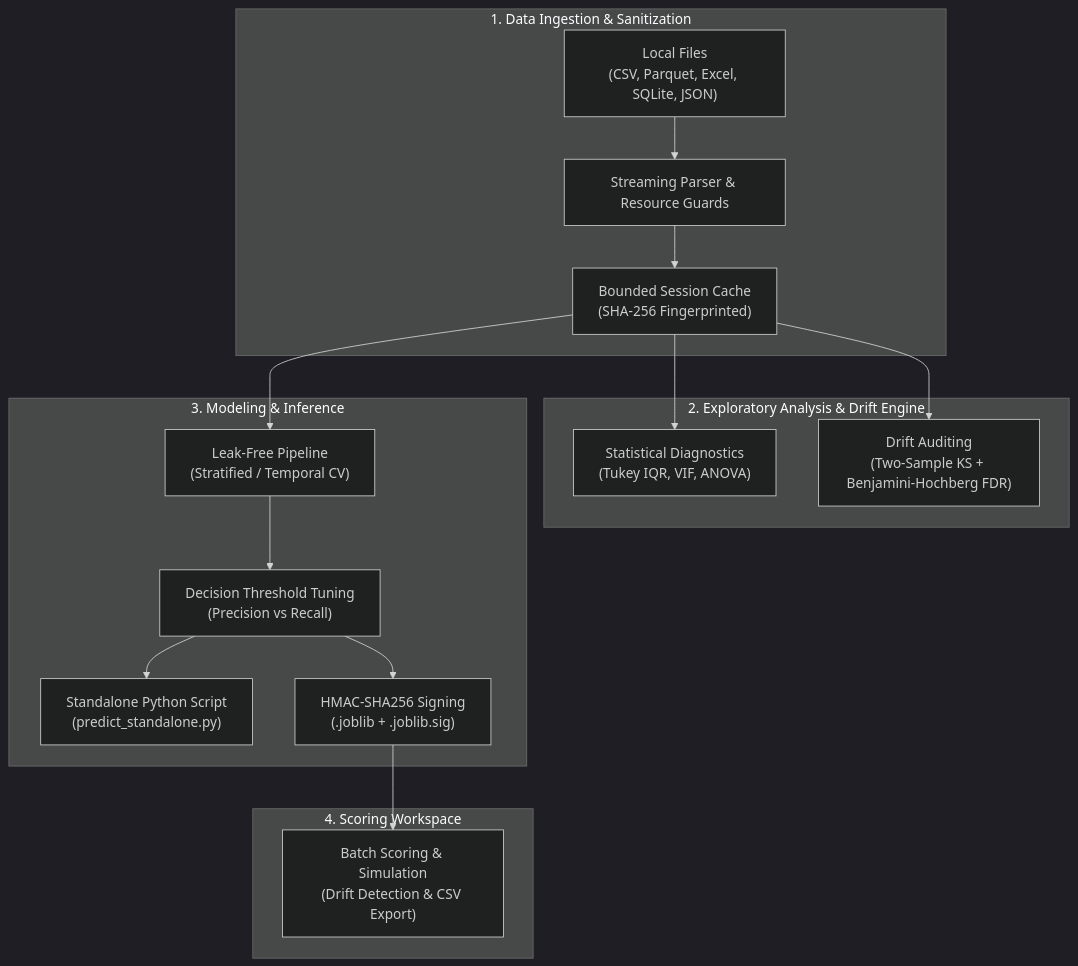
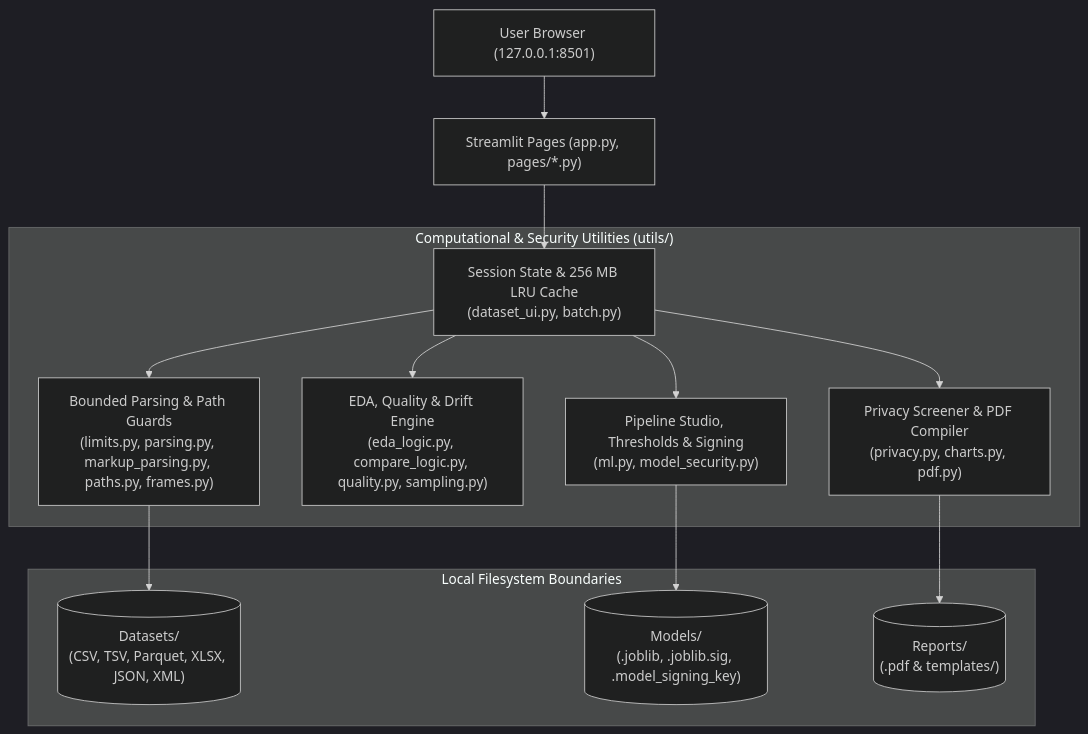
The diagram in README.md (Srikiran22/CloudlnsightAl), drawn with Mermaid (dark theme) before and after one commit. The commit also changed other lines of this file and 40 other files, not shown here.

````diff
--- a/README.md
+++ b/README.md
@@ -51,23 +31,28 @@
 ```mermaid
 flowchart TD
-    subgraph Ingestion ["1. Data Ingestion & Sanitization"]
-        Files["Local Files\n(CSV, Parquet, Excel, SQLite, JSON)"] --> Parser["Streaming Parser & Resource Guards"]
-        Parser --> MemoryCache["Bounded Session Cache\n(SHA-256 Fingerprinted)"]
+    User["User Browser (127.0.0.1:8501)"] --> UI["Streamlit Pages (app.py, pages/*.py)"]
+
+    subgraph Core ["Computational & Security Utilities (utils/)"]
+        Ingest["Bounded Parsing & Path Guards\n(limits.py, parsing.py, markup_parsing.py, paths.py, frames.py)"]
+        State["Session State & 256 MB LRU Cache\n(dataset_ui.py, batch.py)"]
+        Stats["EDA, Quality & Drift Engine\n(eda_logic.py, compare_logic.py, quality.py, sampling.py)"]
+        ML["Pipeline Studio, Thresholds & Signing\n(ml.py, model_security.py)"]
+        Report["Privacy Screener & PDF Compiler\n(privacy.py, charts.py, pdf.py)"]
     end
 
-    subgraph Diagnostics ["2. Exploratory Analysis & Drift Engine"]
-        MemoryCache --> EDA["Statistical Diagnostics\n(Tukey IQR, VIF, ANOVA)"]
-        MemoryCache --> Drift["Drift Auditing\n(Two-Sample KS + Benjamini-Hochberg FDR)"]
+    subgraph Storage ["Local Filesystem Boundaries"]
+        Datasets[("Datasets/\n(CSV, TSV, Parquet, XLSX, JSON, XML)")]
+        Models[("Models/\n(.joblib, .joblib.sig, .model_signing_key)")]
+        Reports[("Reports/\n(.pdf & templates/)")]
     end
 
-    subgraph Modeling ["3. Modeling & Inference"]
-        MemoryCache --> ML["Leak-Free Pipeline\n(Stratified / Temporal CV)"]
-        ML --> Threshold["Decision Threshold Tuning\n(Precision vs Recall)"]
-        Threshold --> Export["Standalone Python Script\n(predict_standalone.py)"]
-        Threshold --> Signer["HMAC-SHA256 Signing\n(.joblib + .joblib.sig)"]
-    end
+    UI --> State
+    State --> Ingest
+    State --> Stats
+    State --> ML
+    State --> Report
 
-    subgraph BatchScore ["4. Scoring Workspace"]
-        Signer --> Predict["Batch Scoring & Simulation\n(Drift Detection & CSV Export)"]
-    end
+    Ingest --> Datasets
+    ML --> Models
+    Report --> Reports
 ```
````
